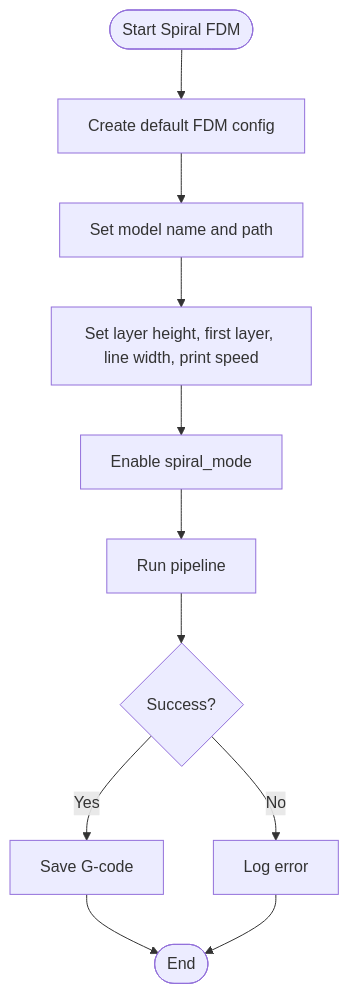
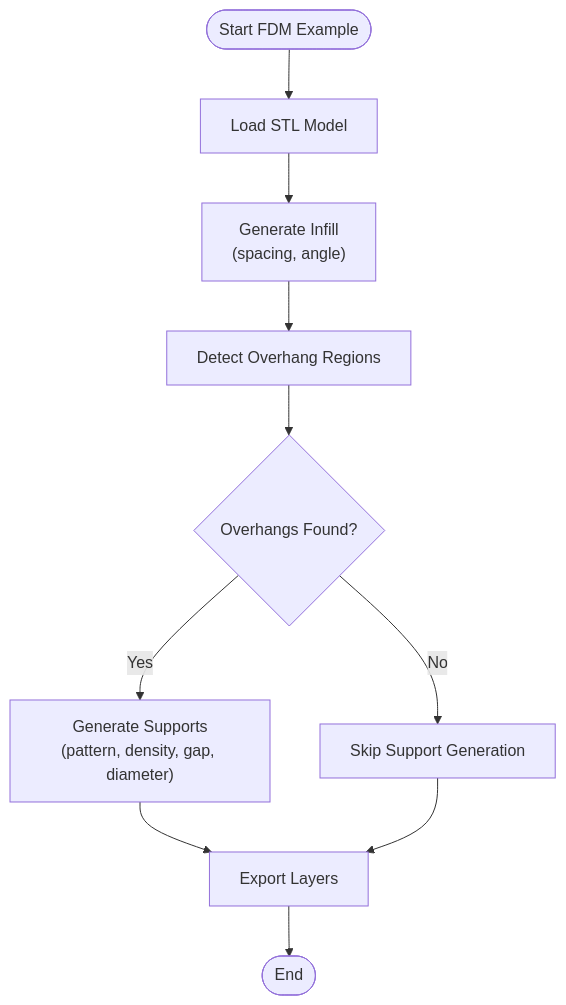
Before and after one commit to hsmbanlance/HsBaSlicer: the third of 6 diagrams in .qoder/repowiki/en/content/Examples & Samples/Basic Examples.md, drawn with Mermaid. The commit also changed other lines of this file and 1095 other files, not shown here.

````diff
--- a/.qoder/repowiki/en/content/Examples & Samples/Basic Examples.md
+++ b/.qoder/repowiki/en/content/Examples & Samples/Basic Examples.md
@@ -284,13 +147,12 @@
 ```mermaid
 flowchart TD
-Start(["Start Spiral FDM"]) --> CreateCfg["Create default FDM config"]
-CreateCfg --> SetModel["Set model name and path"]
-SetModel --> SetGeometry["Set layer height, first layer, line width, print speed"]
-SetGeometry --> EnableSpiral["Enable spiral_mode"]
-EnableSpiral --> Run["Run pipeline"]
-Run --> Result{"Success?"}
-Result --> |Yes| SaveGCode["Save G-code"]
-Result --> |No| LogError["Log error"]
-SaveGCode --> End(["End"])
-LogError --> End
+Start(["Start FDM Example"]) --> LoadModel["Load STL Model"]
+LoadModel --> GenerateInfill["Generate Infill<br/>(spacing, angle)"]
+GenerateInfill --> DetectOverhang["Detect Overhang Regions"]
+DetectOverhang --> HasOverhang{"Overhangs Found?"}
+HasOverhang --> |No| SkipSupport["Skip Support Generation"]
+HasOverhang --> |Yes| GenerateSupport["Generate Supports<br/>(pattern, density, gap, diameter)"]
+GenerateSupport --> ExportLayers["Export Layers"]
+SkipSupport --> ExportLayers
+ExportLayers --> End(["End"])
 ```
````
